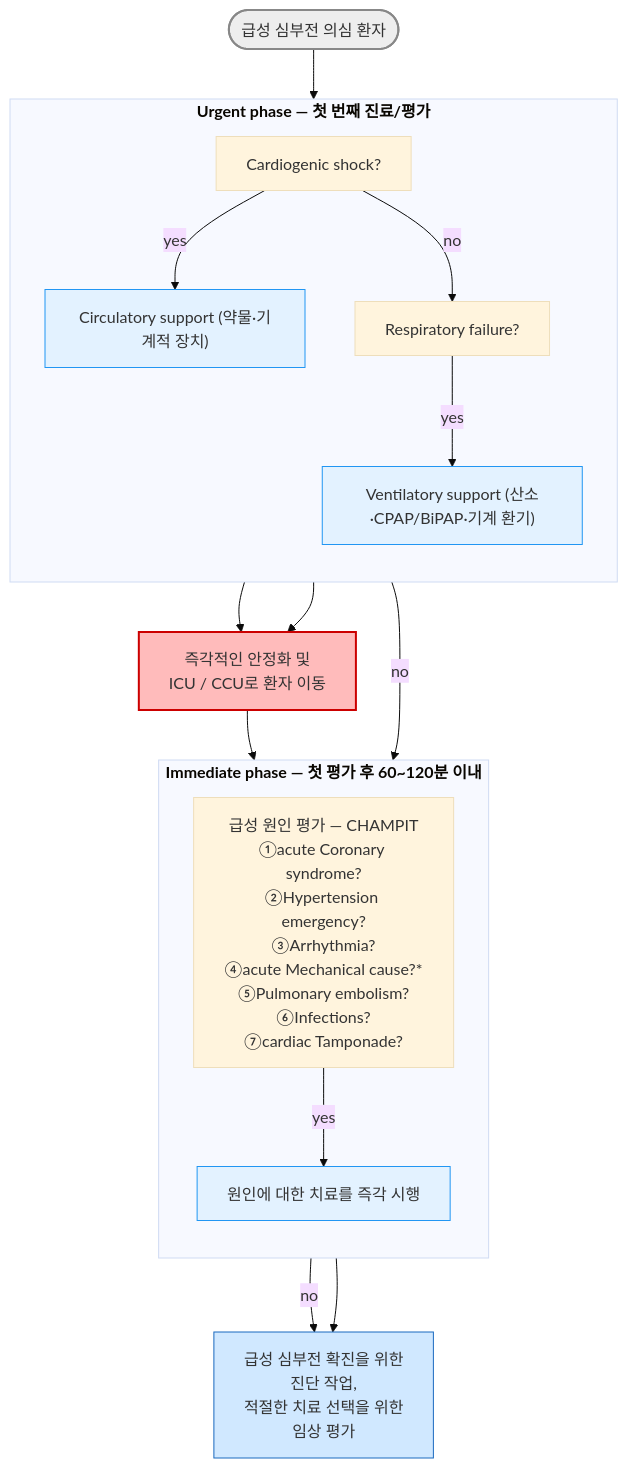
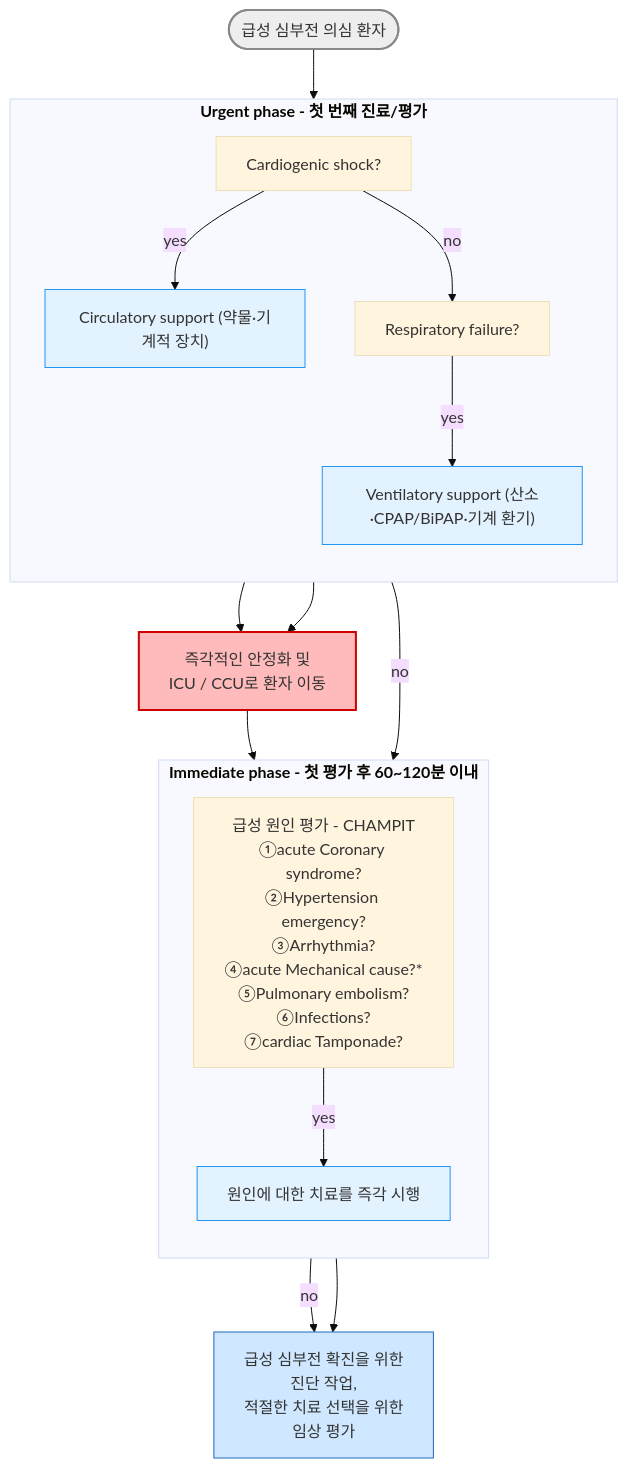
Before and after one commit to familyoh77/familyoh77: the third of 6 diagrams in 225_/098_-heart-failure.md, drawn with Mermaid (base theme). The commit also changed other lines of this file and 122 other files, not shown here.

````diff
--- a/225_/098_-heart-failure.md
+++ b/225_/098_-heart-failure.md
@@ -181,42 +181,42 @@
 ```mermaid
 flowchart TD
     START(["급성 심부전 의심 환자"])
     style START fill:#eeeeee,stroke:#888888,stroke-width:2px
 
-    subgraph URGENT["<b>Urgent phase — 첫 번째 진료/평가"]
+    subgraph URGENT["<b>Urgent phase - 첫 번째 진료/평가"]
         direction TB
         Q1["Cardiogenic shock?"]
         Q2["Respiratory failure?"]
         Q1S["Circulatory support (약물·기계적 장치)"]
         Q2S["Ventilatory support (산소·CPAP/BiPAP·기계 환기)"]
         classDef sky fill:#e3f2ff,stroke:#2196f3
         class Q1S,Q2S sky
 
     end
 
     ICU["즉각적인 안정화 및\nICU / CCU로 환자 이동"]
     style ICU fill:#fbb,stroke:#c00,stroke-width:2px
 
-    subgraph IMMEDIATE["<b>Immediate phase — 첫 평가 후 60~120분 이내"]
+    subgraph IMMEDIATE["<b>Immediate phase - 첫 평가 후 60~120분 이내"]
         direction TB
-        CAUSE["급성 원인 평가 — CHAMPIT\n①acute Coronary syndrome?\n②Hypertension emergency?\n③Arrhythmia?\n④acute Mechanical cause?*\n⑤Pulmonary embolism?\n⑥Infections?\n⑦cardiac Tamponade?"]
+        CAUSE["급성 원인 평가 - CHAMPIT\n①acute Coronary syndrome?\n②Hypertension emergency?\n③Arrhythmia?\n④acute Mechanical cause?*\n⑤Pulmonary embolism?\n⑥Infections?\n⑦cardiac Tamponade?"]
         TREAT["원인에 대한 치료를 즉각 시행"]
         style TREAT fill:#e3f2ff,stroke:#2196f3
     end
 
     WORKUP["급성 심부전 확진을 위한\n진단 작업,\n적절한 치료 선택을 위한\n임상 평가"]
     style WORKUP fill:#d0e8ff,stroke:#1a6abf
 
     START --> Q1
     Q1 -->|yes| Q1S
     Q1 -->|no| Q2
     Q2 -->|yes| Q2S
     Q1S --> ICU
     Q2S --> ICU
     Q2 -->|no| IMMEDIATE
     ICU --> IMMEDIATE
     CAUSE -->|yes| TREAT
     CAUSE -->|no| WORKUP
     TREAT --> WORKUP
 
 ```
````
